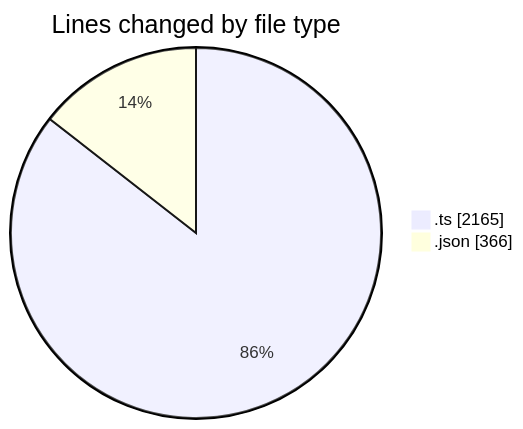
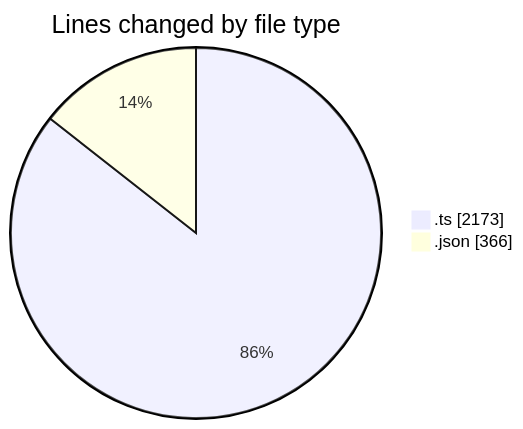
One commit to momahboobian/code-tracking changed the first of 2 diagrams in 2025-10-27/cda/README.md. Above: the diagram before and after it, drawn with Mermaid. The commit also changed other lines of this file and 1 other file, not shown here.

````diff
--- a/2025-10-27/cda/README.md
+++ b/2025-10-27/cda/README.md
@@ -26,6 +26,6 @@
 ```mermaid
 pie showData
 title Lines changed by file type
-".ts" : 2165
+".ts" : 2173
 ".json" : 366
 ```
````
